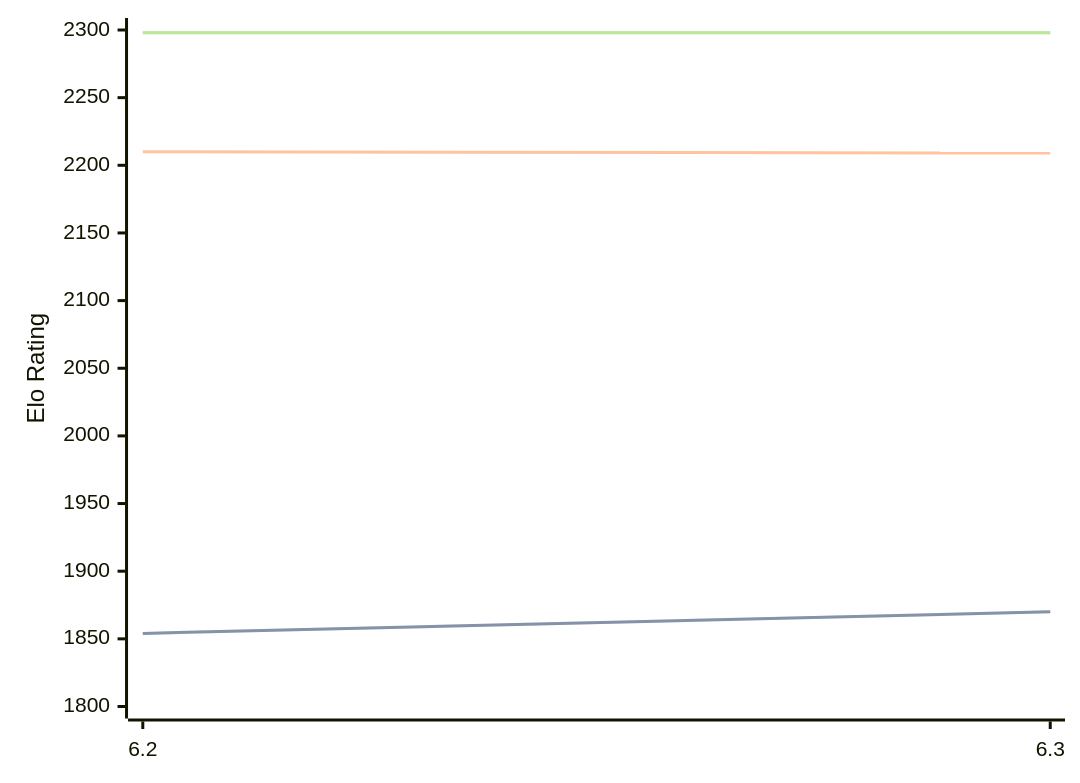
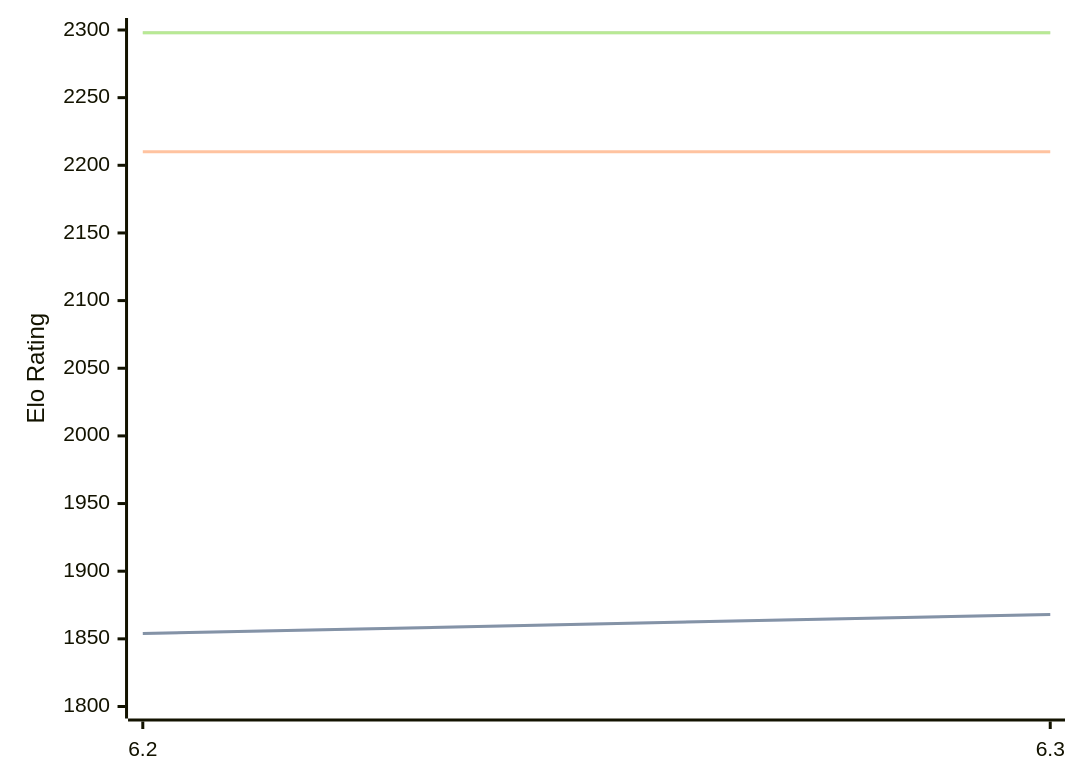
Before and after one commit to computer-chess-index/cci: the diagram in engines/chess4j.md, drawn with Mermaid. The commit also changed other lines of this file, not shown here.

````diff
--- a/engines/chess4j.md
+++ b/engines/chess4j.md
@@ -32,11 +32,11 @@
 ```mermaid
 %%{init: {"theme":"base","themeVariables":{"seriesColors:['#a3a3a3','#222221','#faa371']}}}%%
 xychart-beta
   x-axis ["6.2", "6.3"]
   y-axis "Elo Rating" 1800 --> 2300
-  line "" [1854, 1870]
-  line "STC (8.0+0.08s)" [1854, 1870]
-  line "LTC (60.0+0.60s)" [2210, 2209]
+  line "" [1854, 1868]
+  line "STC (8.0+0.08s)" [1854, 1868]
+  line "LTC (60.0+0.60s)" [2210, 2210]
   line "" [2298, 2298]
   line "VLTC (2m24s+1.12s)" [2298, 2298]
 ```
````
